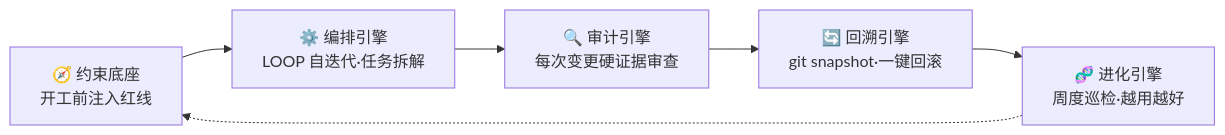
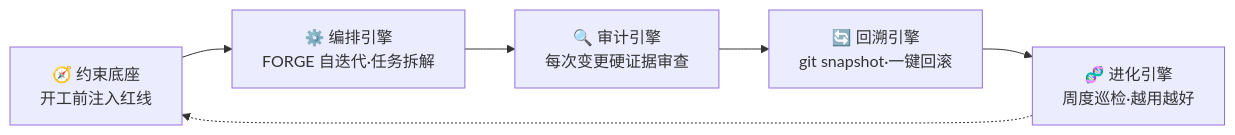
One commit to KongFangXun/sofagent changed the diagram in README.md. Above: the diagram before and after it, drawn with Mermaid. The commit also changed other lines of this file and 38 other files, not shown here.

````diff
--- a/README.md
+++ b/README.md
@@ -167,8 +167,8 @@
 ```mermaid
 flowchart LR
-    CB[🧭 约束底座<br/>开工前注入红线] --> OR[⚙️ 编排引擎<br/>LOOP 自迭代·任务拆解]
+    CB[🧭 约束底座<br/>开工前注入红线] --> OR[⚙️ 编排引擎<br/>FORGE 自迭代·任务拆解]
     OR --> AU[🔍 审计引擎<br/>每次变更硬证据审查]
     AU --> RE[🔄 回溯引擎<br/>git snapshot·一键回滚]
     RE --> EV[🧬 进化引擎<br/>周度巡检·越用越好]
     EV -.-> CB
 ```
````
